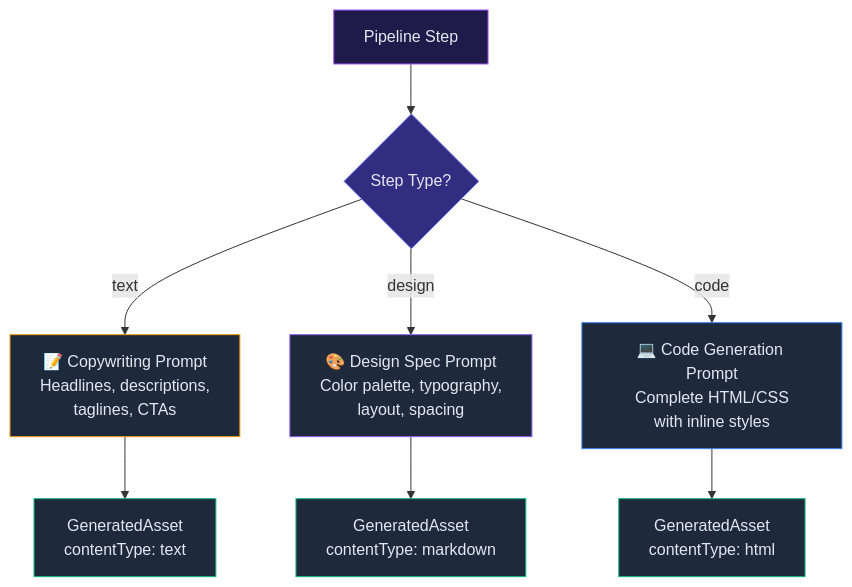
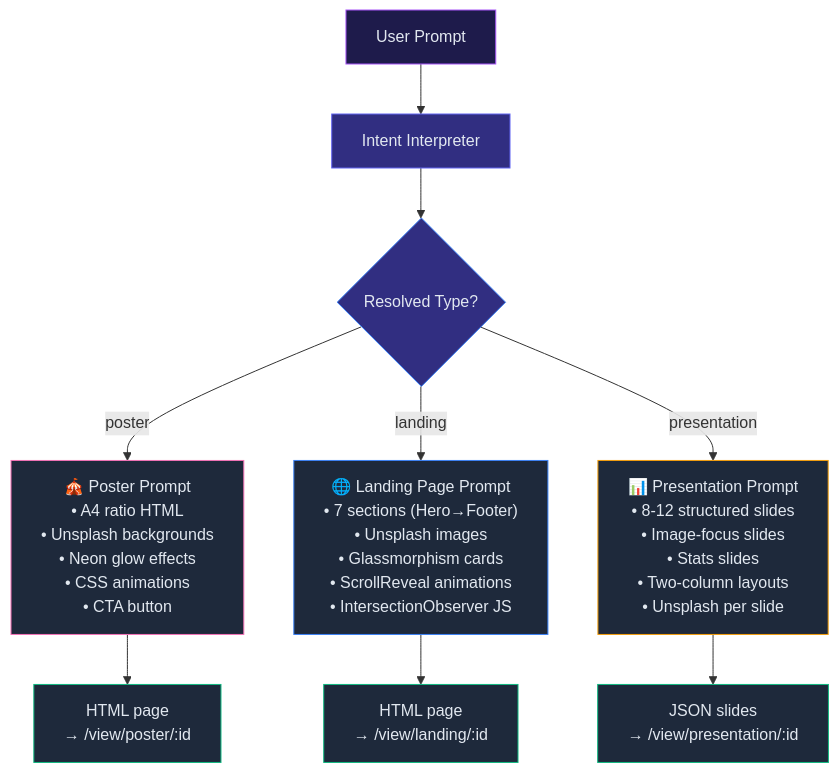
The third of 6 diagrams in README.md (nitinog10/Campus-Os), drawn with Mermaid before and after one commit. The commit also changed other lines of this file, not shown here.

````diff
--- a/README.md
+++ b/README.md
@@ -137,21 +122,23 @@
 ```mermaid
 flowchart TD
-    Step["Pipeline Step"] --> TypeCheck{"Step Type?"}
+    Prompt["User Prompt"] --> Intent["Intent Interpreter"]
+    Intent --> TypeCheck{"Resolved Type?"}
     
-    TypeCheck -->|text| Text["📝 Copywriting Prompt\nHeadlines, descriptions,\ntaglines, CTAs"]
-    TypeCheck -->|design| Design["🎨 Design Spec Prompt\nColor palette, typography,\nlayout, spacing"]
-    TypeCheck -->|code| Code["💻 Code Generation Prompt\nComplete HTML/CSS\nwith inline styles"]
+    TypeCheck -->|poster| Poster["🎪 Poster Prompt\n• A4 ratio HTML\n• Unsplash backgrounds\n• Neon glow effects\n• CSS animations\n• CTA button"]
+    TypeCheck -->|landing| Landing["🌐 Landing Page Prompt\n• 7 sections (Hero→Footer)\n• Unsplash images\n• Glassmorphism cards\n• ScrollReveal animations\n• IntersectionObserver JS"]
+    TypeCheck -->|presentation| Pres["📊 Presentation Prompt\n• 8-12 structured slides\n• Image-focus slides\n• Stats slides\n• Two-column layouts\n• Unsplash per slide"]
     
-    Text --> Asset1["GeneratedAsset\ncontentType: text"]
-    Design --> Asset2["GeneratedAsset\ncontentType: markdown"]
-    Code --> Asset3["GeneratedAsset\ncontentType: html"]
+    Poster --> PosterOut["HTML page\n→ /view/poster/:id"]
+    Landing --> LandingOut["HTML page\n→ /view/landing/:id"]
+    Pres --> PresOut["JSON slides\n→ /view/presentation/:id"]
     
-    style Step fill:#1e1b4b,stroke:#a855f7,color:#e2e8f0
-    style TypeCheck fill:#312e81,stroke:#6366f1,color:#e2e8f0
-    style Text fill:#1e293b,stroke:#f59e0b,color:#e2e8f0
-    style Design fill:#1e293b,stroke:#8b5cf6,color:#e2e8f0
-    style Code fill:#1e293b,stroke:#3b82f6,color:#e2e8f0
-    style Asset1 fill:#1e293b,stroke:#10b981,color:#e2e8f0
-    style Asset2 fill:#1e293b,stroke:#10b981,color:#e2e8f0
-    style Asset3 fill:#1e293b,stroke:#10b981,color:#e2e8f0
+    style Prompt fill:#1e1b4b,stroke:#a855f7,color:#e2e8f0
+    style Intent fill:#312e81,stroke:#6366f1,color:#e2e8f0
+    style TypeCheck fill:#312e81,stroke:#3b82f6,color:#e2e8f0
+    style Poster fill:#1e293b,stroke:#f472b6,color:#e2e8f0
+    style Landing fill:#1e293b,stroke:#3b82f6,color:#e2e8f0
+    style Pres fill:#1e293b,stroke:#f59e0b,color:#e2e8f0
+    style PosterOut fill:#1e293b,stroke:#10b981,color:#e2e8f0
+    style LandingOut fill:#1e293b,stroke:#10b981,color:#e2e8f0
+    style PresOut fill:#1e293b,stroke:#10b981,color:#e2e8f0
 ```
````
